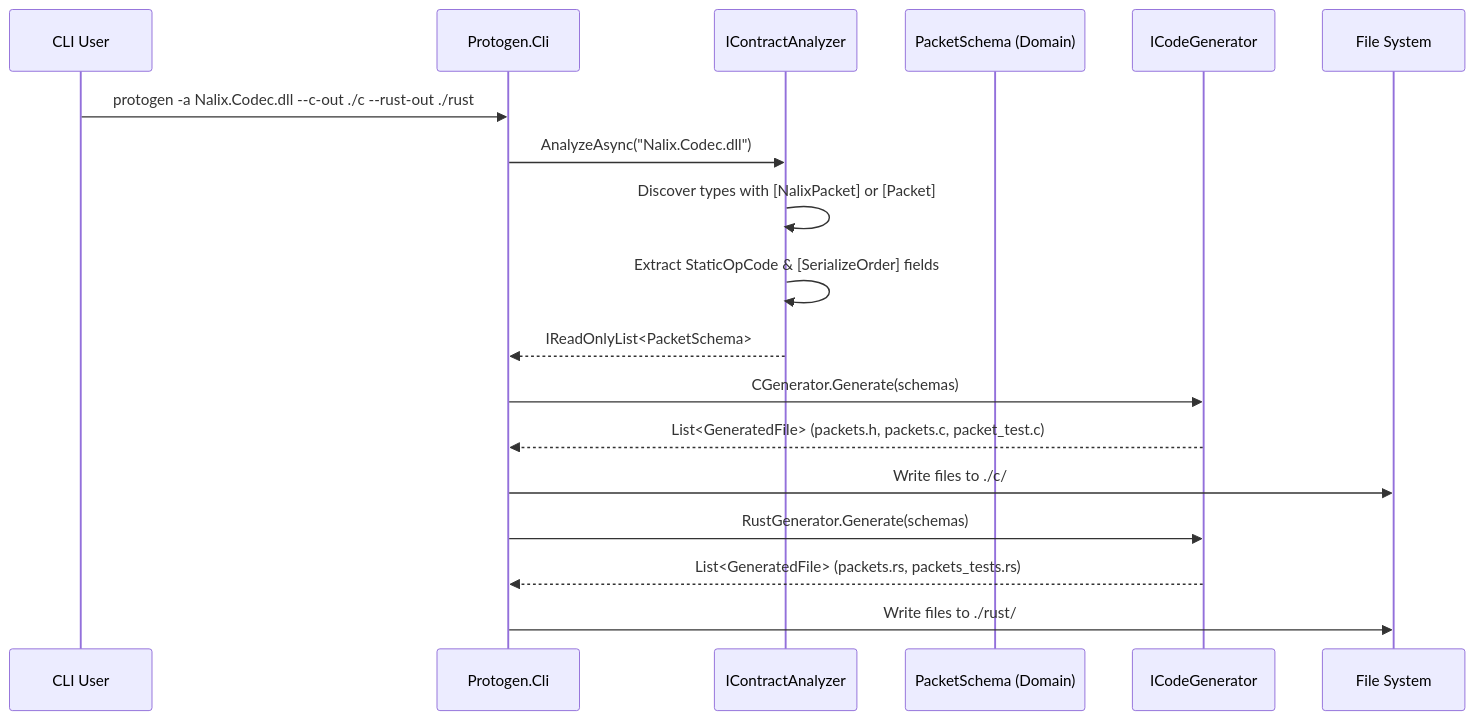
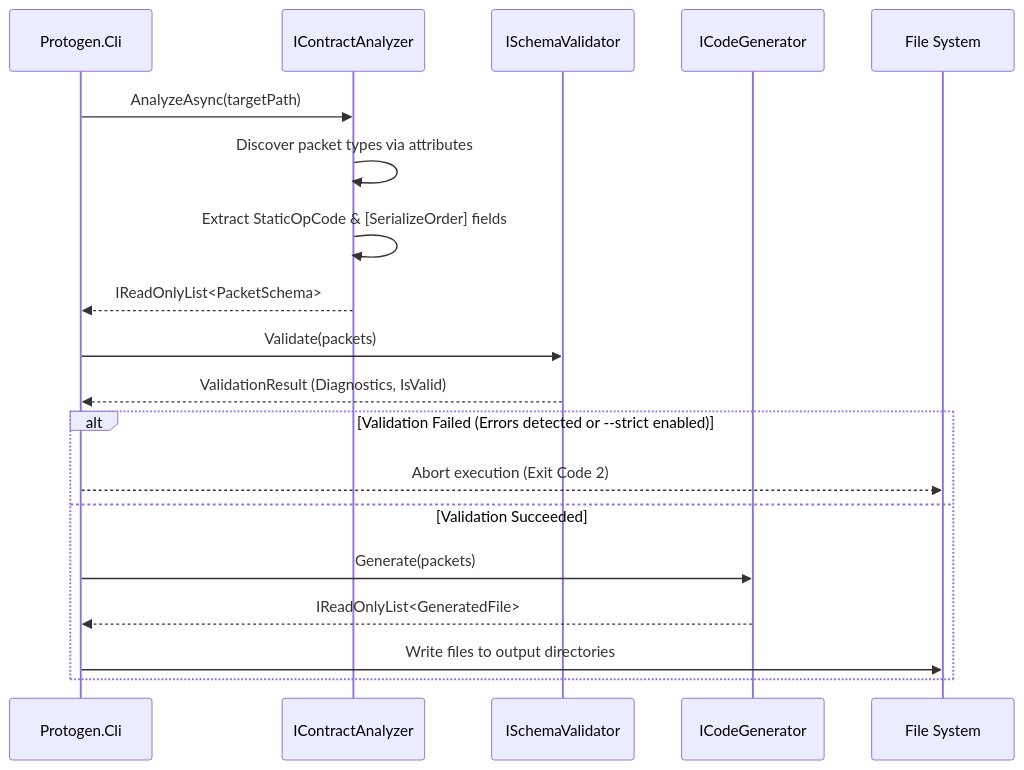
Before and after one commit to ppn-systems/nalix-native: the second of 2 diagrams in docs/ARCHITECTURE.md, drawn with Mermaid. The commit also changed other lines of this file and 17 other files, not shown here.

Commit message:
feat: add domain schema validation, enterprise CLI exit codes, xUnit test suite, and rewrite docs in formal technical tone

````diff
--- a/docs/ARCHITECTURE.md
+++ b/docs/ARCHITECTURE.md
@@ -70,23 +106,24 @@
 ```mermaid
 sequenceDiagram
-    participant User as CLI User
     participant CLI as Protogen.Cli
     participant Analyzer as IContractAnalyzer
-    participant Schema as PacketSchema (Domain)
+    participant Validator as ISchemaValidator
     participant Generator as ICodeGenerator
     participant Disk as File System
 
-    User->>CLI: protogen -a Nalix.Codec.dll --c-out ./c --rust-out ./rust
-    CLI->>Analyzer: AnalyzeAsync("Nalix.Codec.dll")
-    Analyzer->>Analyzer: Discover types with [NalixPacket] or [Packet]
+    CLI->>Analyzer: AnalyzeAsync(targetPath)
+    Analyzer->>Analyzer: Discover packet types via attributes
     Analyzer->>Analyzer: Extract StaticOpCode & [SerializeOrder] fields
     Analyzer-->>CLI: IReadOnlyList<PacketSchema>
     
-    CLI->>Generator: CGenerator.Generate(schemas)
-    Generator-->>CLI: List<GeneratedFile> (packets.h, packets.c, packet_test.c)
-    CLI->>Disk: Write files to ./c/
-
-    CLI->>Generator: RustGenerator.Generate(schemas)
-    Generator-->>CLI: List<GeneratedFile> (packets.rs, packets_tests.rs)
-    CLI->>Disk: Write files to ./rust/
+    CLI->>Validator: Validate(packets)
+    Validator-->>CLI: ValidationResult (Diagnostics, IsValid)
+    
+    alt Validation Failed (Errors detected or --strict enabled)
+        CLI-->>Disk: Abort execution (Exit Code 2)
+    else Validation Succeeded
+        CLI->>Generator: Generate(packets)
+        Generator-->>CLI: IReadOnlyList<GeneratedFile>
+        CLI->>Disk: Write files to output directories
+    end
 ```
````
